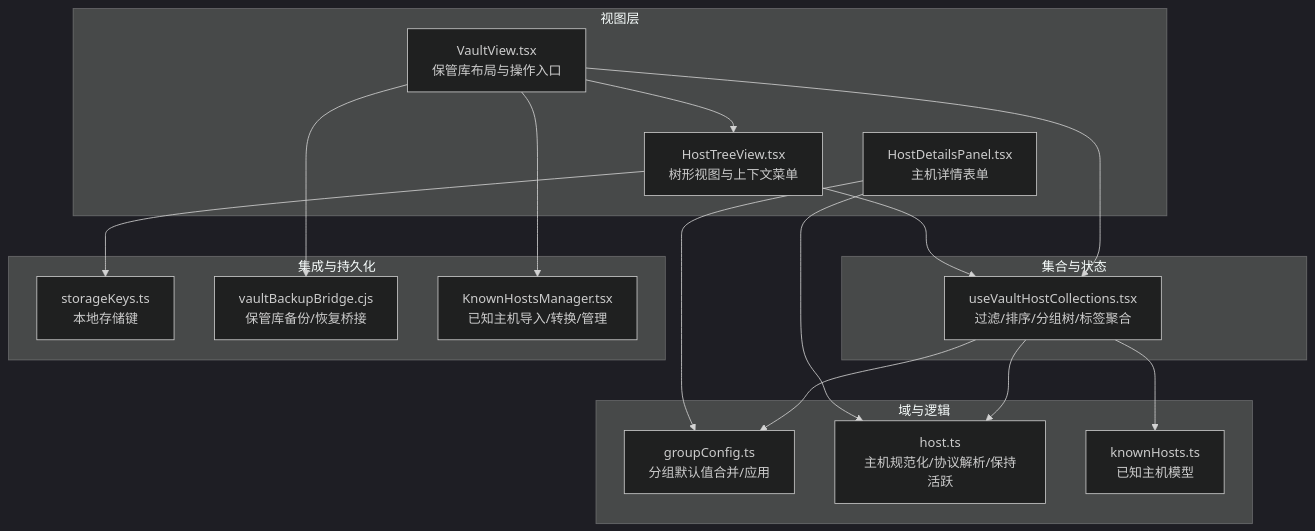
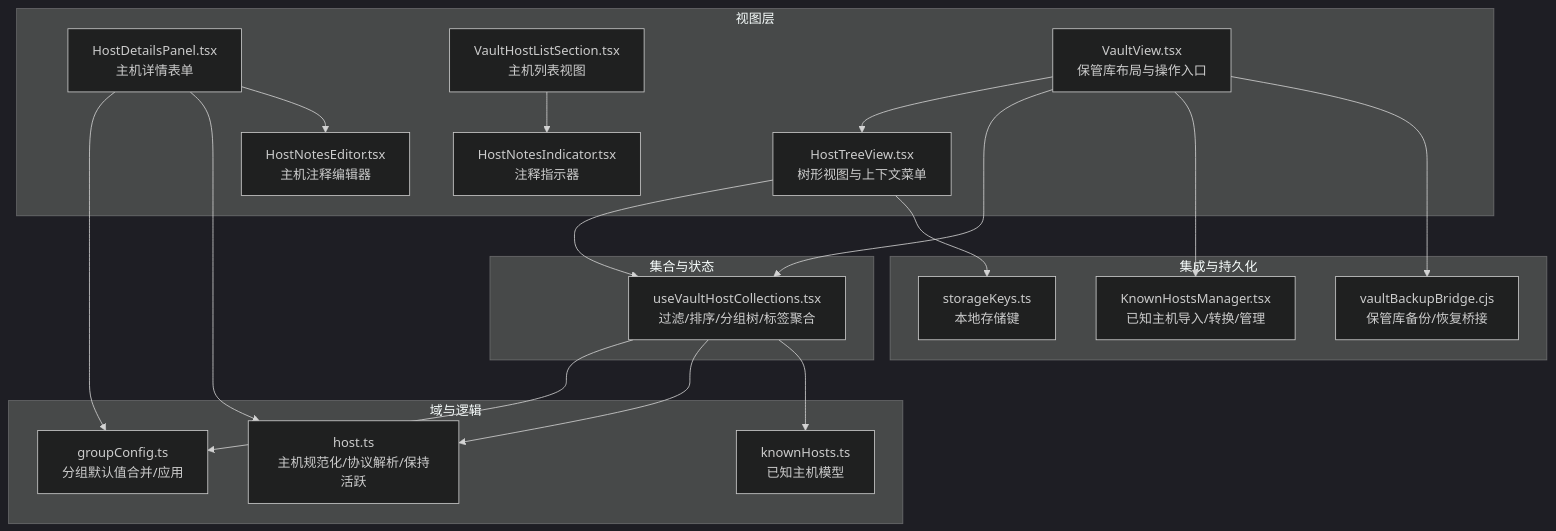
Before and after one commit to szeiyou/Netcatty: the first of 13 diagrams in .qoder/repowiki/zh/content/用户指南/SSH客户端管理/主机管理.md, drawn with Mermaid (dark theme). The commit also changed other lines of this file and 6 other files, not shown here.

````diff
--- a/.qoder/repowiki/zh/content/用户指南/SSH客户端管理/主机管理.md
+++ b/.qoder/repowiki/zh/content/用户指南/SSH客户端管理/主机管理.md
@@ -42,32 +57,37 @@
 ```mermaid
 graph TB
 subgraph "视图层"
 HTV["HostTreeView.tsx<br/>树形视图与上下文菜单"]
 HDP["HostDetailsPanel.tsx<br/>主机详情表单"]
+VHLS["VaultHostListSection.tsx<br/>主机列表视图"]
+HNE["HostNotesEditor.tsx<br/>主机注释编辑器"]
+HNI["HostNotesIndicator.tsx<br/>注释指示器"]
 VV["VaultView.tsx<br/>保管库布局与操作入口"]
 end
 subgraph "域与逻辑"
 GC["groupConfig.ts<br/>分组默认值合并/应用"]
 HOST["host.ts<br/>主机规范化/协议解析/保持活跃"]
 KH["knownHosts.ts<br/>已知主机模型"]
 end
 subgraph "集合与状态"
 UVHC["useVaultHostCollections.tsx<br/>过滤/排序/分组树/标签聚合"]
 end
 subgraph "集成与持久化"
 SK["storageKeys.ts<br/>本地存储键"]
 KBM["vaultBackupBridge.cjs<br/>保管库备份/恢复桥接"]
 KHM["KnownHostsManager.tsx<br/>已知主机导入/转换/管理"]
 end
 HTV --> UVHC
 HDP --> GC
 HDP --> HOST
+HDP --> HNE
+VHLS --> HNI
 UVHC --> GC
 UVHC --> HOST
 VV --> HTV
 VV --> UVHC
 VV --> KHM
 UVHC --> KH
 VV --> KBM
 HTV --> SK
 ```
````
